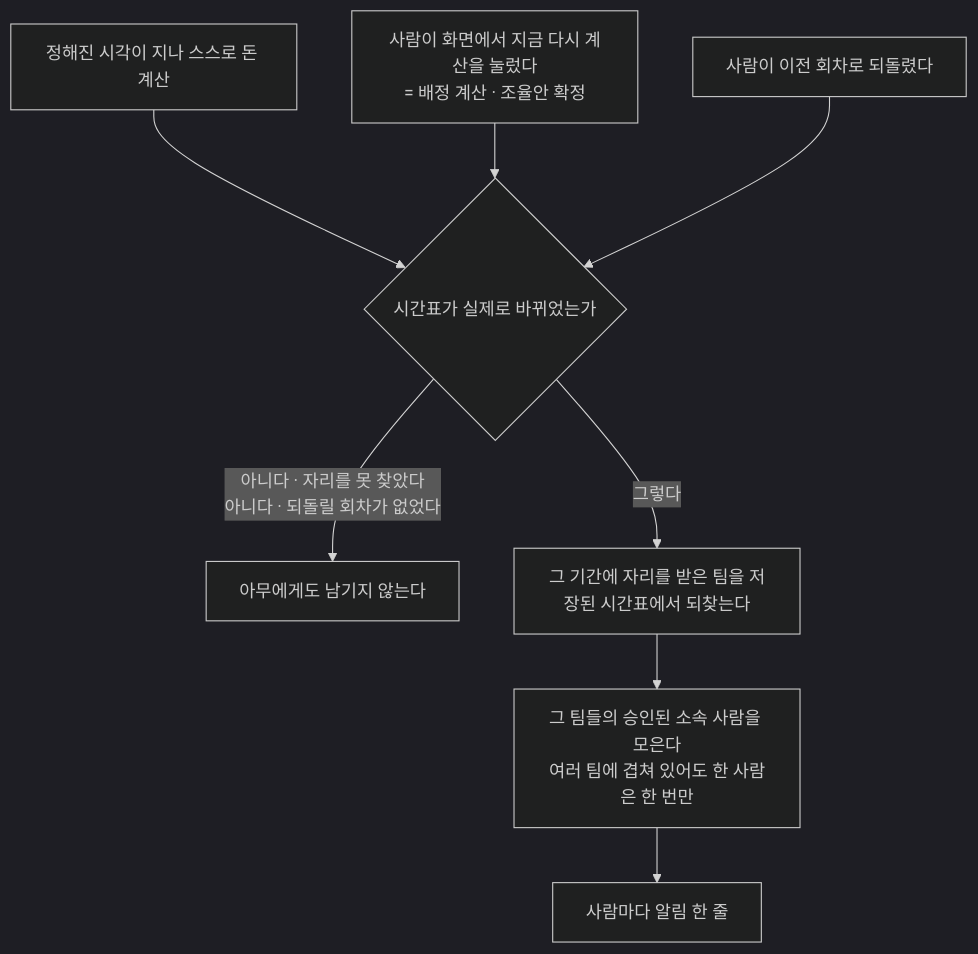
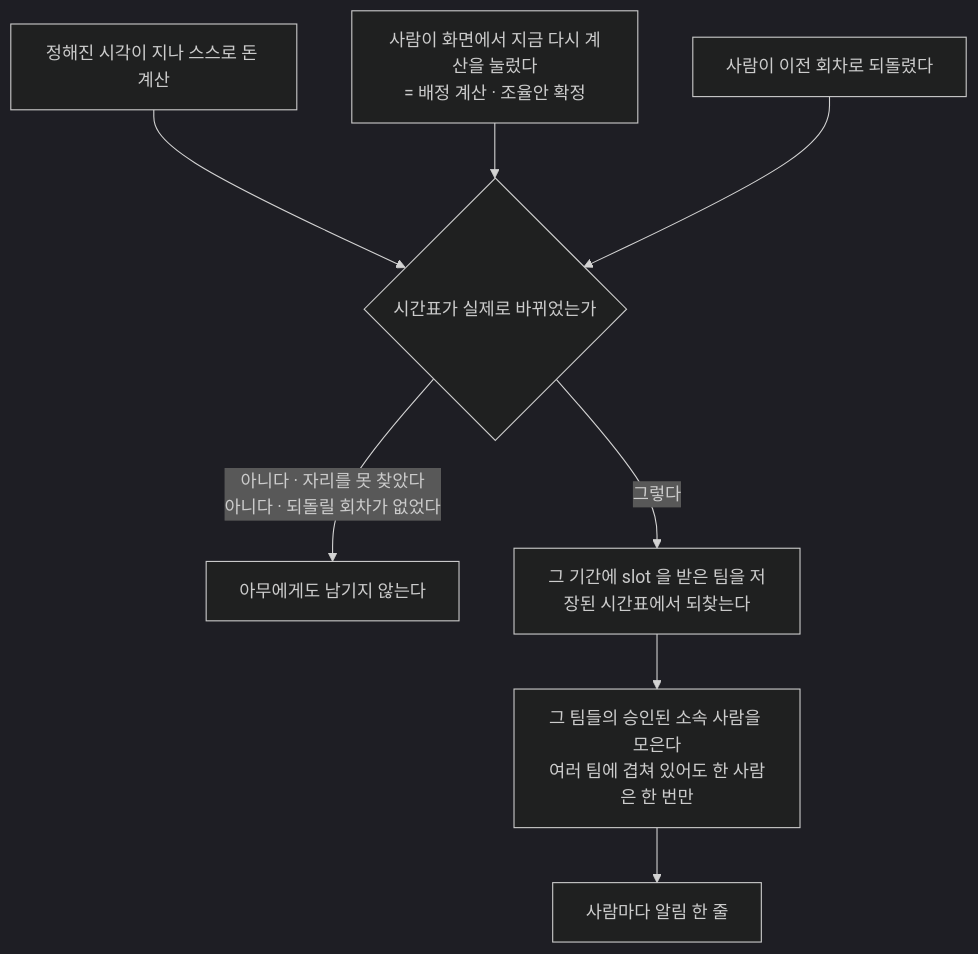
Before and after one commit to minkong-dev/Banblit: the third of 3 diagrams in .cluedoc/auto-assignment/README.md, drawn with Mermaid (dark theme). The commit also changed other lines of this file and 15 other files, not shown here.

````diff
--- a/.cluedoc/auto-assignment/README.md
+++ b/.cluedoc/auto-assignment/README.md
@@ -197,11 +191,11 @@
 ```mermaid
 flowchart TD
     A[정해진 시각이 지나 스스로 돈 계산] --> S
     B[사람이 화면에서 지금 다시 계산을 눌렀다<br/>= 배정 계산 · 조율안 확정] --> S
     C[사람이 이전 회차로 되돌렸다] --> S
     S{시간표가 실제로 바뀌었는가}
     S -->|아니다 · 자리를 못 찾았다<br/>아니다 · 되돌릴 회차가 없었다| N[아무에게도 남기지 않는다]
-    S -->|그렇다| M[그 기간에 자리를 받은 팀을 저장된 시간표에서 되찾는다]
+    S -->|그렇다| M[그 기간에 slot 을 받은 팀을 저장된 시간표에서 되찾는다]
     M --> P[그 팀들의 승인된 소속 사람을 모은다<br/>여러 팀에 겹쳐 있어도 한 사람은 한 번만]
     P --> W[사람마다 알림 한 줄]
 ```
````
